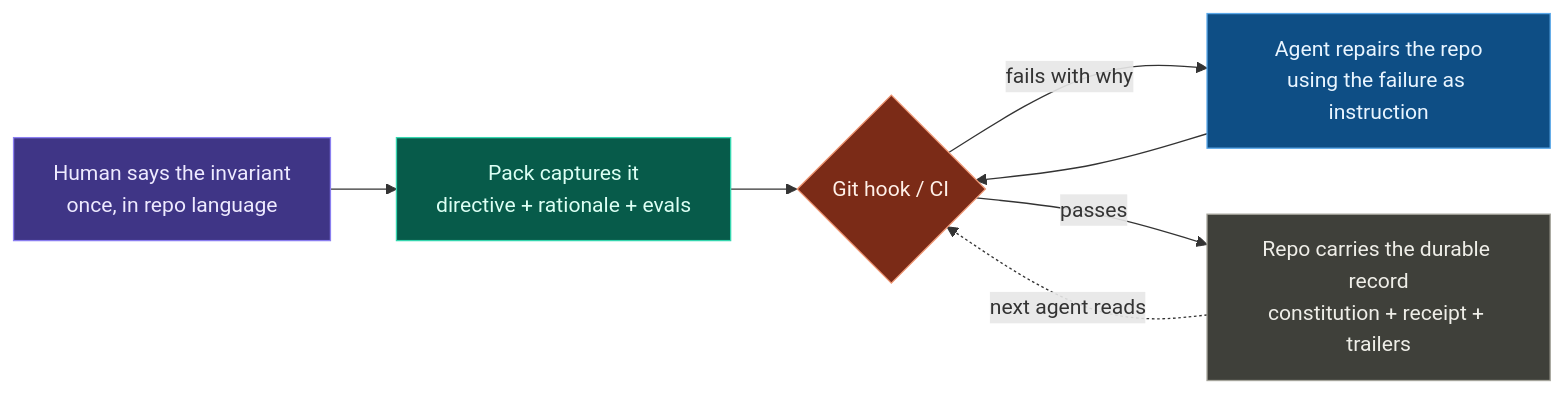
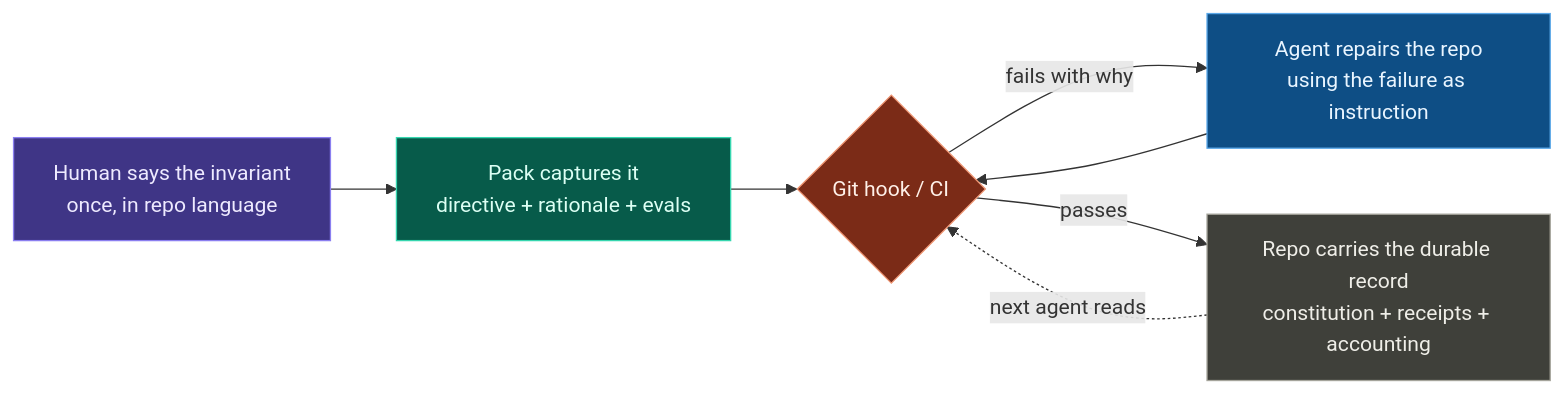
One commit to Duaility/governance-kit changed the first of 4 diagrams in README.md. Above: the diagram before and after it, drawn with Mermaid. The commit also changed other lines of this file and 2 other files, not shown here.

````diff
--- a/README.md
+++ b/README.md
@@ -58,25 +58,25 @@
 ```mermaid
 flowchart LR
     H["Human says the invariant<br/>once, in repo language"]
     P["Pack captures it<br/>directive + rationale + evals"]
     G{"Git hook / CI"}
     A["Agent repairs the repo<br/>using the failure as instruction"]
-    R["Repo carries the durable record<br/>constitution + receipt + trailers"]
+    R["Repo carries the durable record<br/>constitution + receipts + accounting"]
 
     H --> P --> G
     G -- "fails with why" --> A
     A --> G
     G -- "passes" --> R
     R -.->|"next agent reads"| G
 
     classDef human fill:#3f3586,stroke:#8b7ff0,color:#eeeaff
     classDef directive fill:#075b4a,stroke:#36d6af,color:#dcfff4
     classDef gate fill:#7b2b17,stroke:#ef9673,color:#fff0e8
     classDef agent fill:#0e4e85,stroke:#5aa8e9,color:#e9f5ff
     classDef record fill:#3f403a,stroke:#a5a49b,color:#efeee8
     class H human
     class P directive
     class G gate
     class A agent
     class R record
 ```
````
